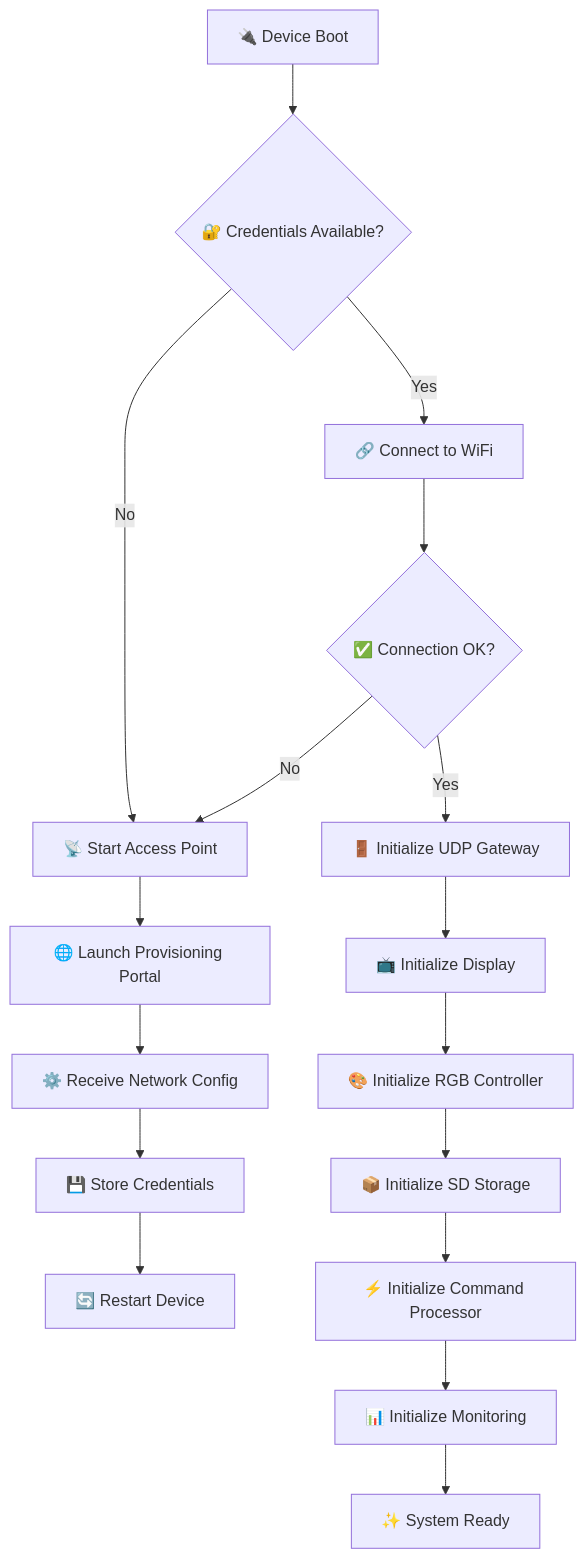
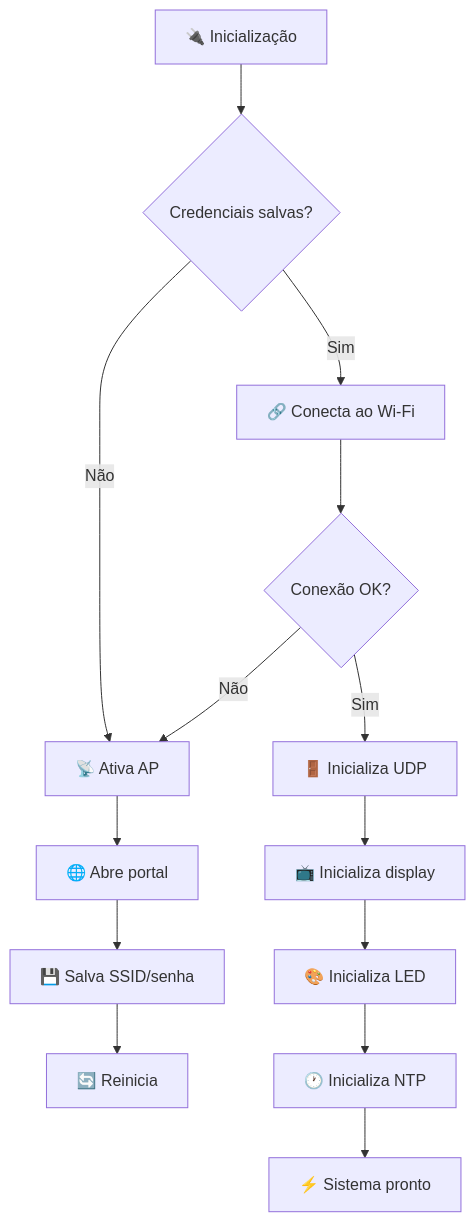
The second of 3 diagrams in README.md (paulocfmarques-collab/esp32_wifi), drawn with Mermaid before and after one commit. The commit also changed other lines of this file, not shown here.

````diff
--- a/README.md
+++ b/README.md
@@ -150,22 +165,16 @@
 ```mermaid
 flowchart TD
-    A["🔌 Device Boot"] --> B{🔐 Credentials Available?}
-
-    B -->|No| C["📡 Start Access Point"]
-    C --> D["🌐 Launch Provisioning Portal"]
-    D --> E["⚙️ Receive Network Config"]
-    E --> F["💾 Store Credentials"]
-    F --> G["🔄 Restart Device"]
-
-    B -->|Yes| H["🔗 Connect to WiFi"]
-    H --> I{✅ Connection OK?}
-    
-    I -->|No| C
-    I -->|Yes| J["🚪 Initialize UDP Gateway"]
-    J --> K["📺 Initialize Display"]
-    K --> L["🎨 Initialize RGB Controller"]
-    L --> M["📦 Initialize SD Storage"]
-    M --> N["⚡ Initialize Command Processor"]
-    N --> O["📊 Initialize Monitoring"]
-    O --> P["✨ System Ready"]
+    A[🔌 Inicialização] --> B{Credenciais salvas?}
+    B -->|Não| C[📡 Ativa AP]
+    C --> D[🌐 Abre portal]
+    D --> E[💾 Salva SSID/senha]
+    E --> F[🔄 Reinicia]
+    B -->|Sim| G[🔗 Conecta ao Wi‑Fi]
+    G --> H{Conexão OK?}
+    H -->|Não| C
+    H -->|Sim| I[🚪 Inicializa UDP]
+    I --> J[📺 Inicializa display]
+    J --> K[🎨 Inicializa LED]
+    K --> L[🕐 Inicializa NTP]
+    L --> M[⚡ Sistema pronto]
 ```
````
